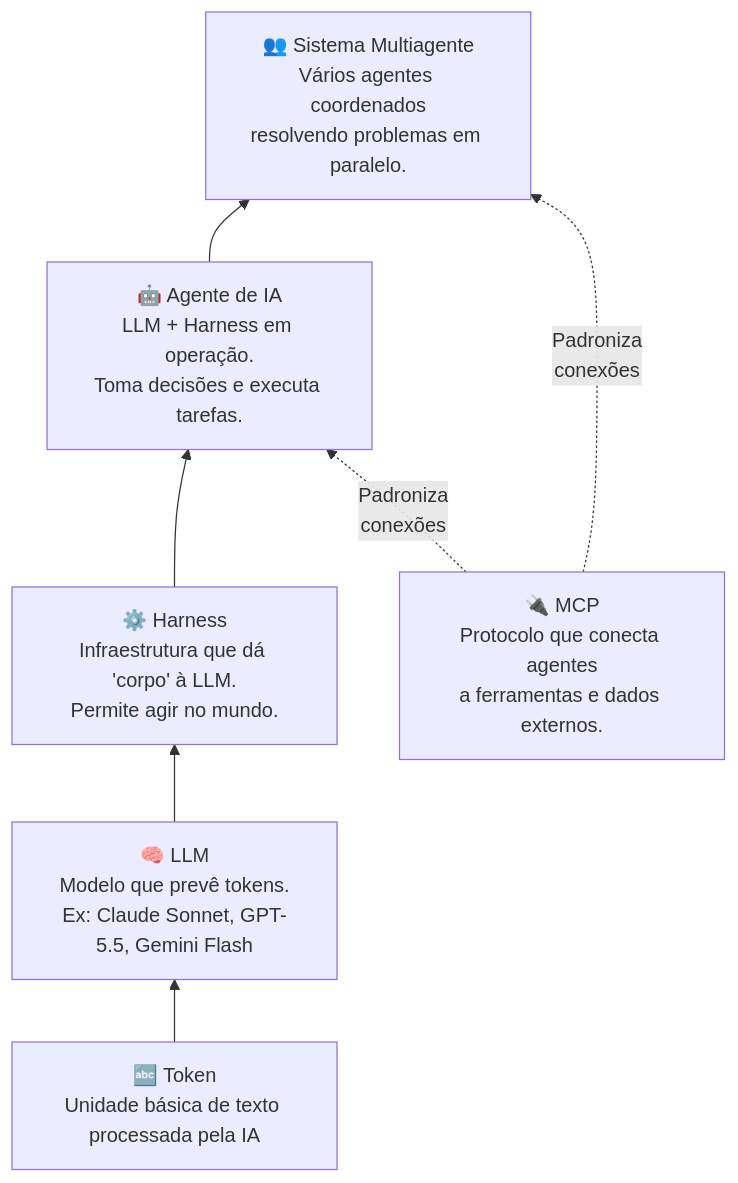
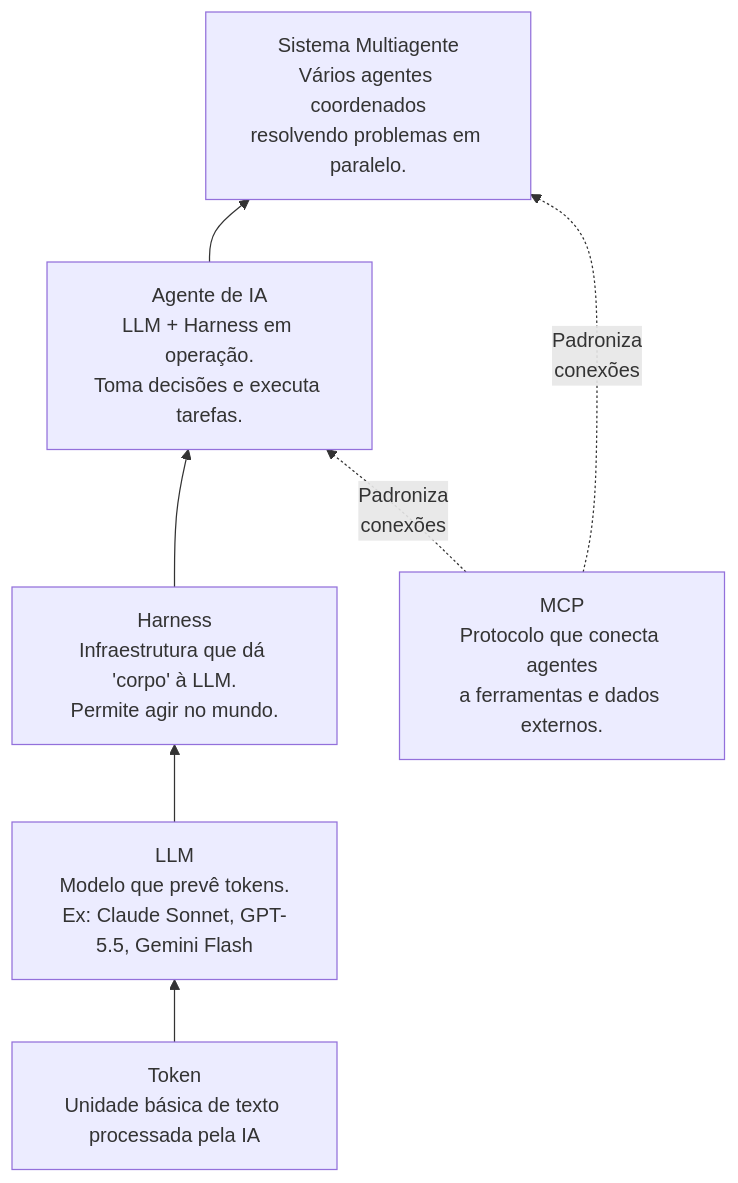
The fifth of 7 diagrams in pesquisa/resultados_pesquisa_ia_2026.md (RodolfoGama0101/estudo-sobre-ia), drawn with Mermaid before and after one commit. The commit also changed other lines of this file and 6 other files, not shown here.

````diff
--- a/pesquisa/resultados_pesquisa_ia_2026.md
+++ b/pesquisa/resultados_pesquisa_ia_2026.md
@@ -173,16 +173,16 @@
 ```mermaid
 graph BT
-    TOKEN["🔤 Token\nUnidade básica de texto processada pela IA"]
-    LLM["🧠 LLM\nModelo que prevê tokens.\nEx: Claude Sonnet, GPT-5.5, Gemini Flash"]
-    HARNESS["⚙️ Harness\nInfraestrutura que dá 'corpo' à LLM.\nPermite agir no mundo."]
-    AGENT["🤖 Agente de IA\nLLM + Harness em operação.\nToma decisões e executa tarefas."]
-    MAS["👥 Sistema Multiagente\nVários agentes coordenados\nresolvendo problemas em paralelo."]
-    MCP["🔌 MCP\nProtocolo que conecta agentes\na ferramentas e dados externos."]
+TOKEN[" Token\nUnidade básica de texto processada pela IA"]
+LLM[" LLM\nModelo que prevê tokens.\nEx: Claude Sonnet, GPT-5.5, Gemini Flash"]
+HARNESS[" Harness\nInfraestrutura que dá 'corpo' à LLM.\nPermite agir no mundo."]
+AGENT[" Agente de IA\nLLM + Harness em operação.\nToma decisões e executa tarefas."]
+MAS[" Sistema Multiagente\nVários agentes coordenados\nresolvendo problemas em paralelo."]
+MCP[" MCP\nProtocolo que conecta agentes\na ferramentas e dados externos."]
 
-    TOKEN --> LLM
-    LLM --> HARNESS
-    HARNESS --> AGENT
-    AGENT --> MAS
-    MCP -.->|"Padroniza\nconexões"| AGENT
-    MCP -.->|"Padroniza\nconexões"| MAS
+TOKEN --> LLM
+LLM --> HARNESS
+HARNESS --> AGENT
+AGENT --> MAS
+MCP -.->|"Padroniza\nconexões"| AGENT
+MCP -.->|"Padroniza\nconexões"| MAS
 ```
````
